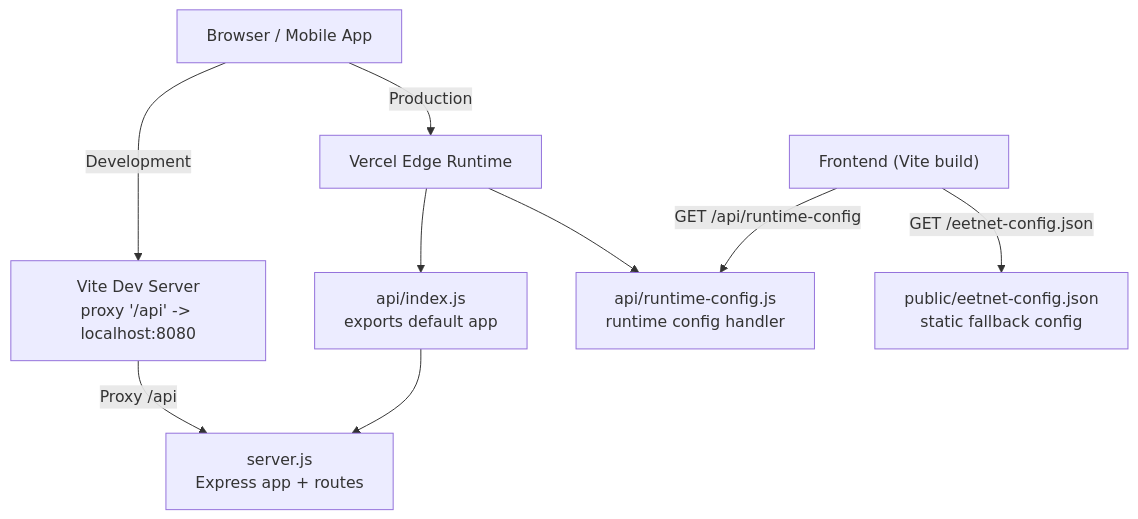
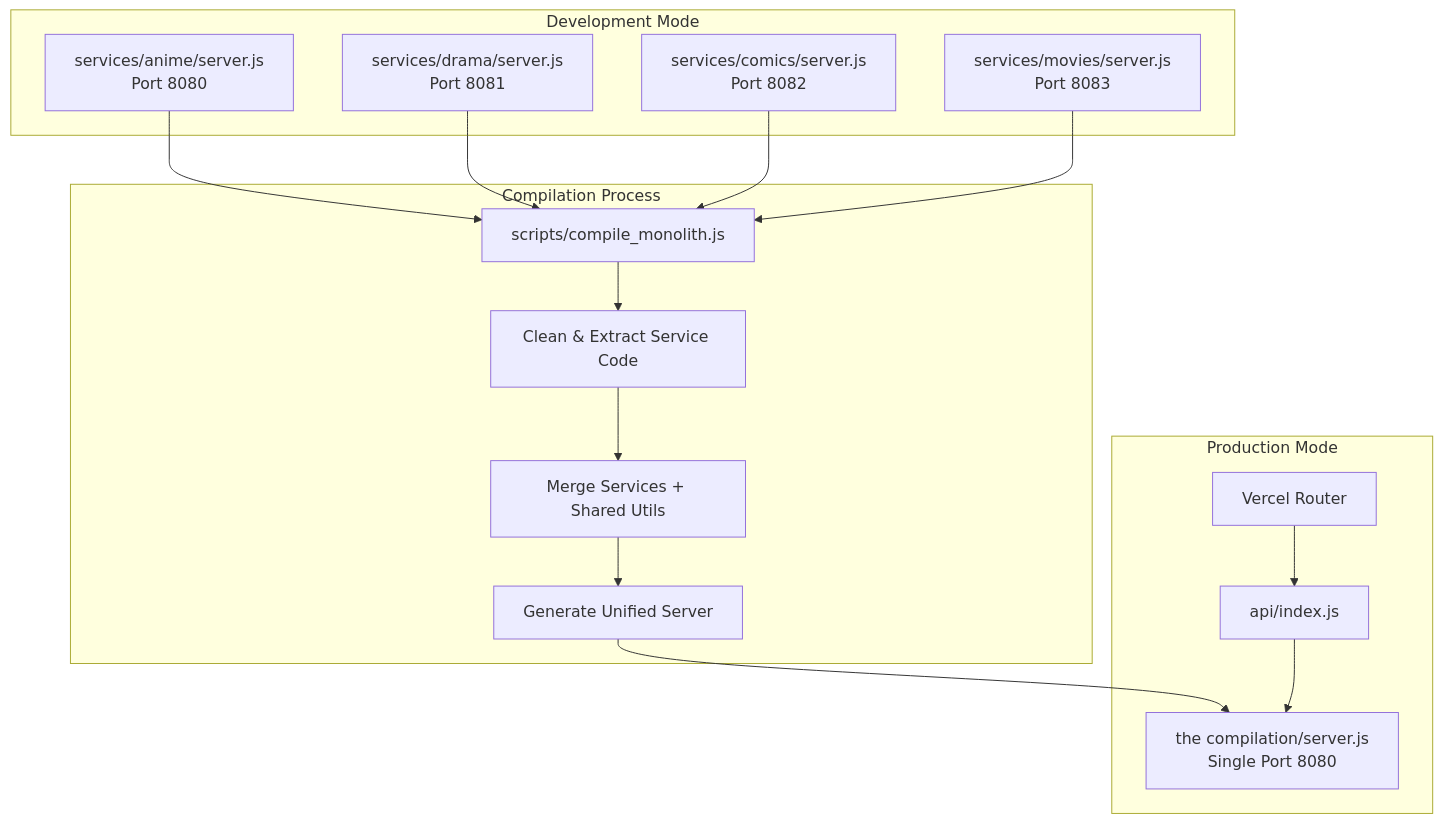
One commit to techniciansupremus-lab/Project-Anime changed the first of 5 diagrams in .qoder/repowiki/en/content/Deployment & DevOps/Build Processes/Server Build Process.md. Above: the diagram before and after it, drawn with Mermaid. The commit also changed other lines of this file and 101 other files, not shown here.

````diff
--- a/.qoder/repowiki/en/content/Deployment & DevOps/Build Processes/Server Build Process.md
+++ b/.qoder/repowiki/en/content/Deployment & DevOps/Build Processes/Server Build Process.md
@@ -34,19 +62,27 @@
 ```mermaid
 graph TB
-Client["Browser / Mobile App"]
-ViteDev["Vite Dev Server<br/>proxy '/api' -> localhost:8080"]
-Vercel["Vercel Edge Runtime"]
-APIIndex["api/index.js<br/>exports default app"]
-ServerJS["server.js<br/>Express app + routes"]
-RuntimeCfg["api/runtime-config.js<br/>runtime config handler"]
-StaticCfg["public/eetnet-config.json<br/>static fallback config"]
-Frontend["Frontend (Vite build)"]
-Client --> |Development| ViteDev
-Client --> |Production| Vercel
-ViteDev --> |"Proxy /api"| ServerJS
-Vercel --> APIIndex
-APIIndex --> ServerJS
-Vercel --> RuntimeCfg
-Frontend --> |"GET /api/runtime-config"| RuntimeCfg
-Frontend --> |"GET /eetnet-config.json"| StaticCfg
+subgraph "Development Mode"
+DevAnime["services/anime/server.js<br/>Port 8080"]
+DevDrama["services/drama/server.js<br/>Port 8081"]
+DevComics["services/comics/server.js<br/>Port 8082"]
+DevMovies["services/movies/server.js<br/>Port 8083"]
+end
+subgraph "Compilation Process"
+Compiler["scripts/compile_monolith.js"]
+CleanCode["Clean & Extract Service Code"]
+MergeCode["Merge Services + Shared Utils"]
+GenerateOutput["Generate Unified Server"]
+end
+subgraph "Production Mode"
+Monolith["the compilation/server.js<br/>Single Port 8080"]
+Vercel["Vercel Router"]
+APIIndex["api/index.js"]
+end
+DevAnime --> Compiler
+DevDrama --> Compiler
+DevComics --> Compiler
+DevMovies --> Compiler
+Compiler --> CleanCode --> MergeCode --> GenerateOutput
+GenerateOutput --> Monolith
+Vercel --> APIIndex --> Monolith
 ```
````
